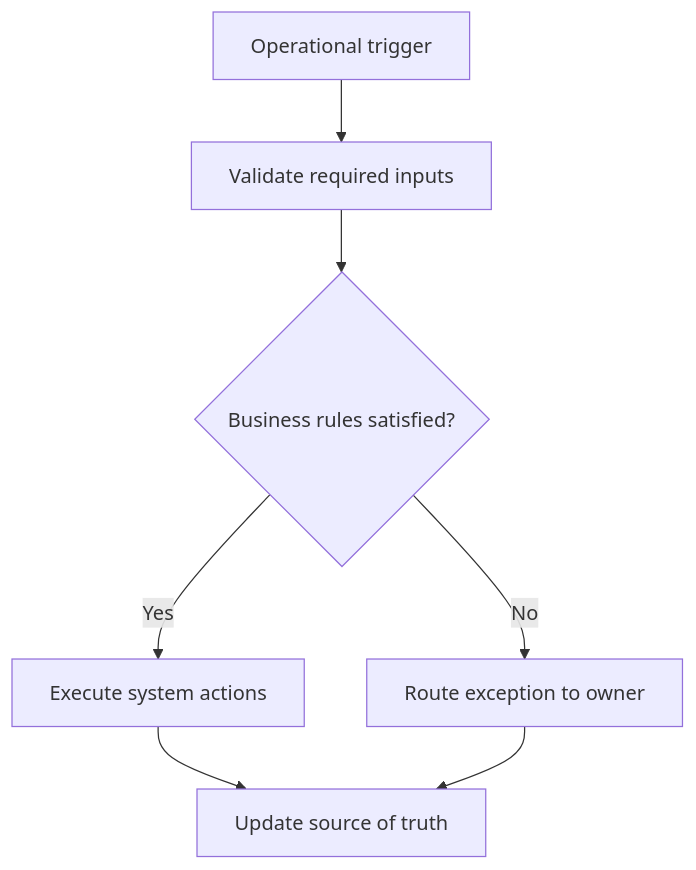
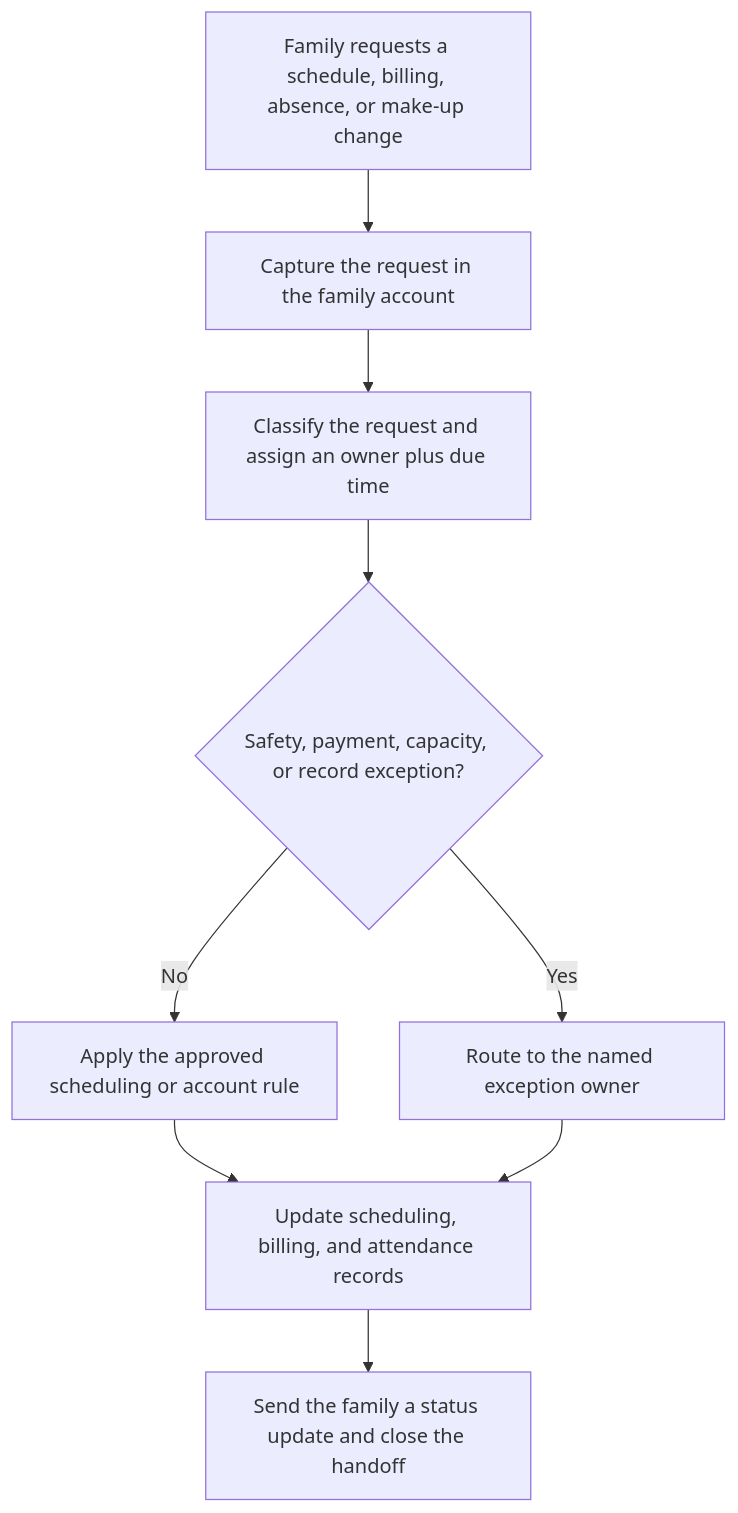
Before and after one commit to justinkahrs/senna-automation: the diagram in src/content/blog/reduce-missed-updates-customer-handoffs-membership-activity-operations.md, drawn with Mermaid. The commit also changed other lines of this file and 12 other files, not shown here.

````diff
--- a/src/content/blog/reduce-missed-updates-customer-handoffs-membership-activity-operations.md
+++ b/src/content/blog/reduce-missed-updates-customer-handoffs-membership-activity-operations.md
@@ -68,9 +104,11 @@
 ```mermaid
 flowchart TD
-  A["Operational trigger"] --> B["Validate required inputs"]
-  B --> C{"Business rules satisfied?"}
-  C -->|Yes| D["Execute system actions"]
-  C -->|No| E["Route exception to owner"]
-  D --> F["Update source of truth"]
-  E --> F
+  A["Family requests a schedule, billing, absence, or make-up change"] --> B["Capture the request in the family account"]
+  B --> C["Classify the request and assign an owner plus due time"]
+  C --> D{"Safety, payment, capacity, or record exception?"}
+  D -->|No| E["Apply the approved scheduling or account rule"]
+  D -->|Yes| F["Route to the named exception owner"]
+  E --> G["Update scheduling, billing, and attendance records"]
+  F --> G
+  G --> H["Send the family a status update and close the handoff"]
 ```
````
